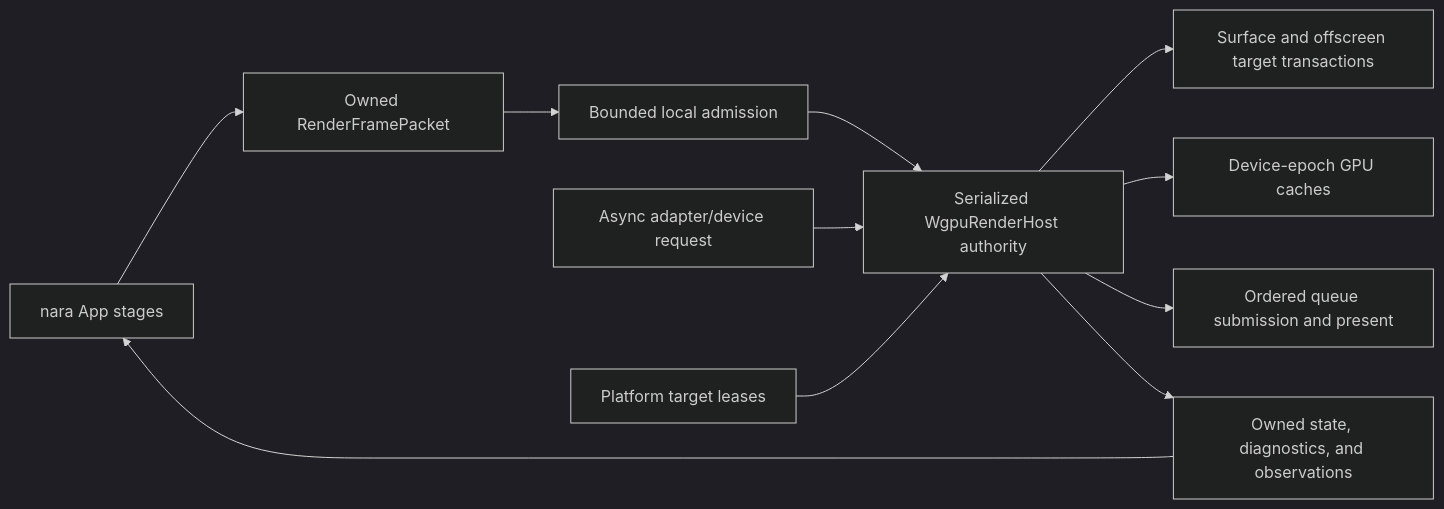
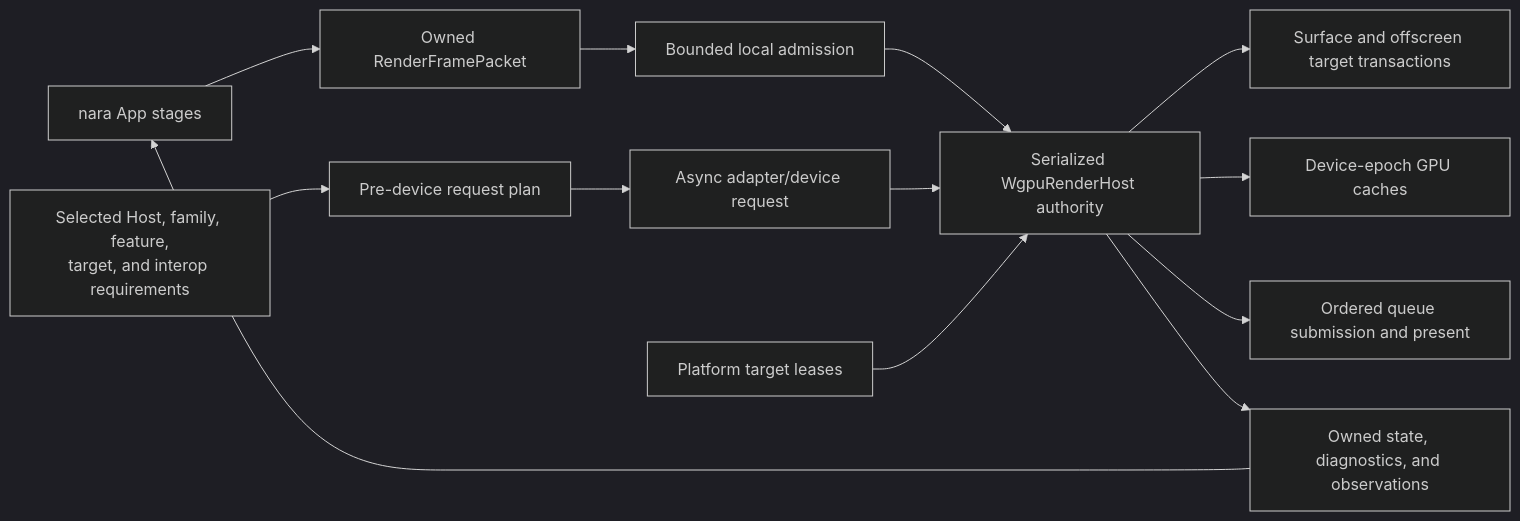
The first of 2 diagrams in docs/architecture/adr/0078-render-host-affinity-webgpu-initialization-and-device-recovery.md (Latias94/nara), drawn with Mermaid (dark theme) before and after one commit. The commit also changed other lines of this file and 13 other files, not shown here.

First line of the commit message:
docs(architecture): define renderer extension authority

````diff
--- a/docs/architecture/adr/0078-render-host-affinity-webgpu-initialization-and-device-recovery.md
+++ b/docs/architecture/adr/0078-render-host-affinity-webgpu-initialization-and-device-recovery.md
@@ -46,13 +51,15 @@
 ```mermaid
 flowchart LR
     App[nara App stages] --> Packet[Owned RenderFramePacket]
     Packet --> Mailbox[Bounded local admission]
     Mailbox --> Host[Serialized WgpuRenderHost authority]
+    Requirements[Selected Host, family, feature,<br/>target, and interop requirements] --> DevicePlan[Pre-device request plan]
+    DevicePlan --> Init
     Init[Async adapter/device request] --> Host
     Handles[Platform target leases] --> Host
     Host --> Surface[Surface and offscreen target transactions]
     Host --> Cache[Device-epoch GPU caches]
     Host --> Submit[Ordered queue submission and present]
     Host --> Events[Owned state, diagnostics, and observations]
     Events --> App
 ```
````
